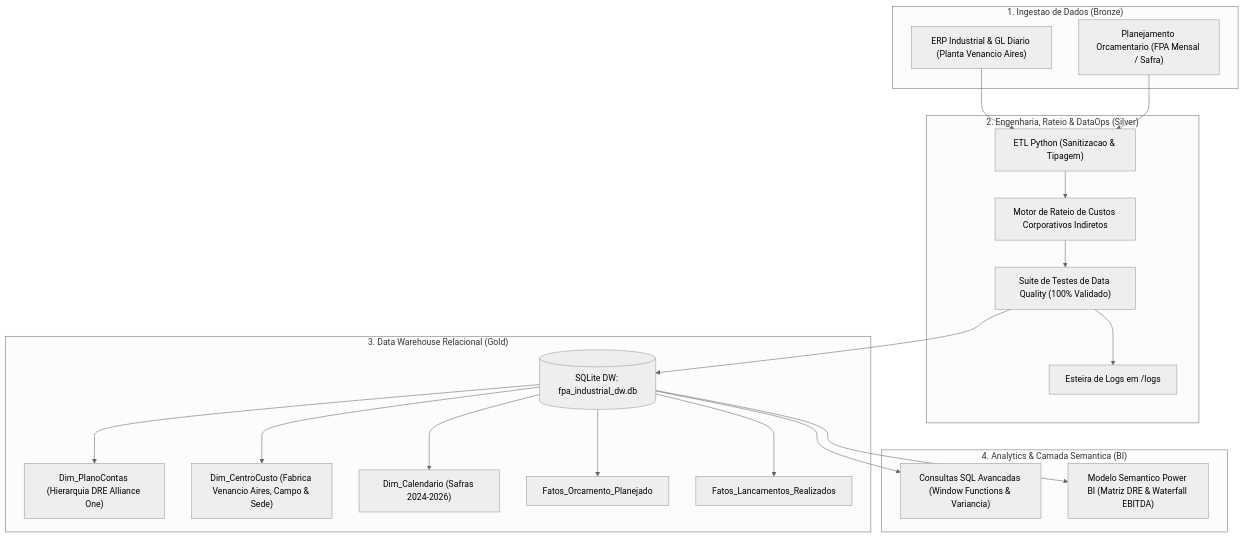
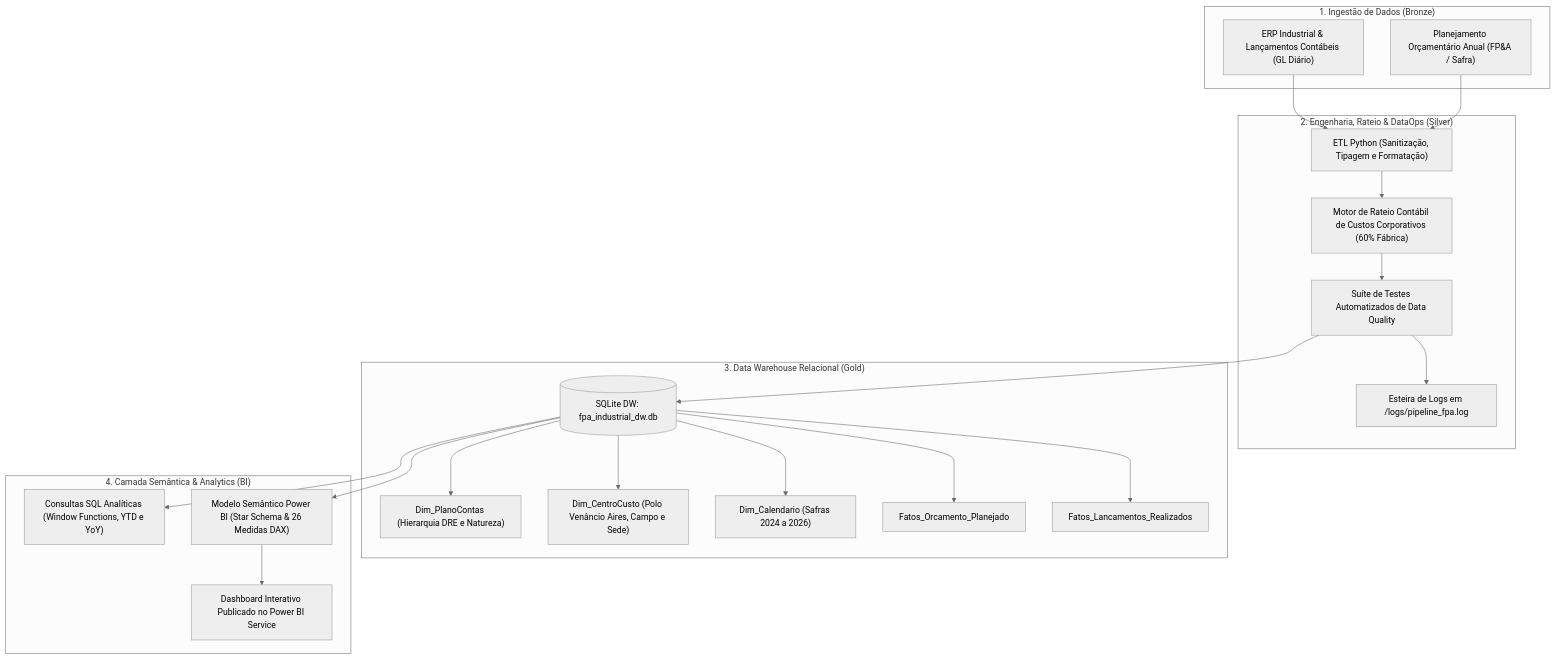
The first of 2 diagrams in README.md (iagowalter/pipeline-fpa-controladoria-industrial), drawn with Mermaid (neutral theme) before and after one commit. The commit also changed other lines of this file and 13 other files, not shown here.

Commit message:
docs: atualizacao do README executivo, documentacao tecnica e inclusao do link publicado no Power BI Service

````diff
--- a/README.md
+++ b/README.md
@@ -11,38 +71,40 @@
 ```mermaid
 flowchart TD
-    subgraph Ingestao ["1. Ingestao de Dados (Bronze)"]
-        A1["ERP Industrial & GL Diario (Planta Venancio Aires)"]
-        A2["Planejamento Orcamentario (FPA Mensal / Safra)"]
+    subgraph Ingestao ["1. Ingestão de Dados (Bronze)"]
+        A1["ERP Industrial & Lançamentos Contábeis (GL Diário)"]
+        A2["Planejamento Orçamentário Anual (FP&A / Safra)"]
     end
 
     subgraph Processamento ["2. Engenharia, Rateio & DataOps (Silver)"]
-        B1["ETL Python (Sanitizacao & Tipagem)"]
-        B2["Motor de Rateio de Custos Corporativos Indiretos"]
-        B3["Suite de Testes de Data Quality (100% Validado)"]
-        B4["Esteira de Logs em /logs"]
+        B1["ETL Python (Sanitização, Tipagem e Formatação)"]
+        B2["Motor de Rateio Contábil de Custos Corporativos (60% Fábrica)"]
+        B3["Suíte de Testes Automatizados de Data Quality"]
+        B4["Esteira de Logs em /logs/pipeline_fpa.log"]
     end
 
     subgraph Armazenamento ["3. Data Warehouse Relacional (Gold)"]
         C1[("SQLite DW: fpa_industrial_dw.db")]
-        C2["Dim_PlanoContas (Hierarquia DRE Alliance One)"]
-        C3["Dim_CentroCusto (Fabrica Venancio Aires, Campo & Sede)"]
-        C4["Dim_Calendario (Safras 2024-2026)"]
+        C2["Dim_PlanoContas (Hierarquia DRE e Natureza)"]
+        C3["Dim_CentroCusto (Polo Venâncio Aires, Campo e Sede)"]
+        C4["Dim_Calendario (Safras 2024 a 2026)"]
         C5["Fatos_Orcamento_Planejado"]
         C6["Fatos_Lancamentos_Realizados"]
     end
 
-    subgraph Consumo ["4. Analytics & Camada Semantica (BI)"]
-        D1["Consultas SQL Avancadas (Window Functions & Variancia)"]
-        D2["Modelo Semantico Power BI (Matriz DRE & Waterfall EBITDA)"]
+    subgraph Consumo ["4. Camada Semântica & Analytics (BI)"]
+        D1["Consultas SQL Analíticas (Window Functions, YTD e YoY)"]
+        D2["Modelo Semântico Power BI (Star Schema & 26 Medidas DAX)"]
+        D3["Dashboard Interativo Publicado no Power BI Service"]
     end
 
     A1 --> B1
     A2 --> B1
     B1 --> B2
     B2 --> B3
     B3 --> B4
     B3 --> C1
     C1 --> C2 & C3 & C4 & C5 & C6
     C1 --> D1
     C1 --> D2
+    D2 --> D3
 ```
````
